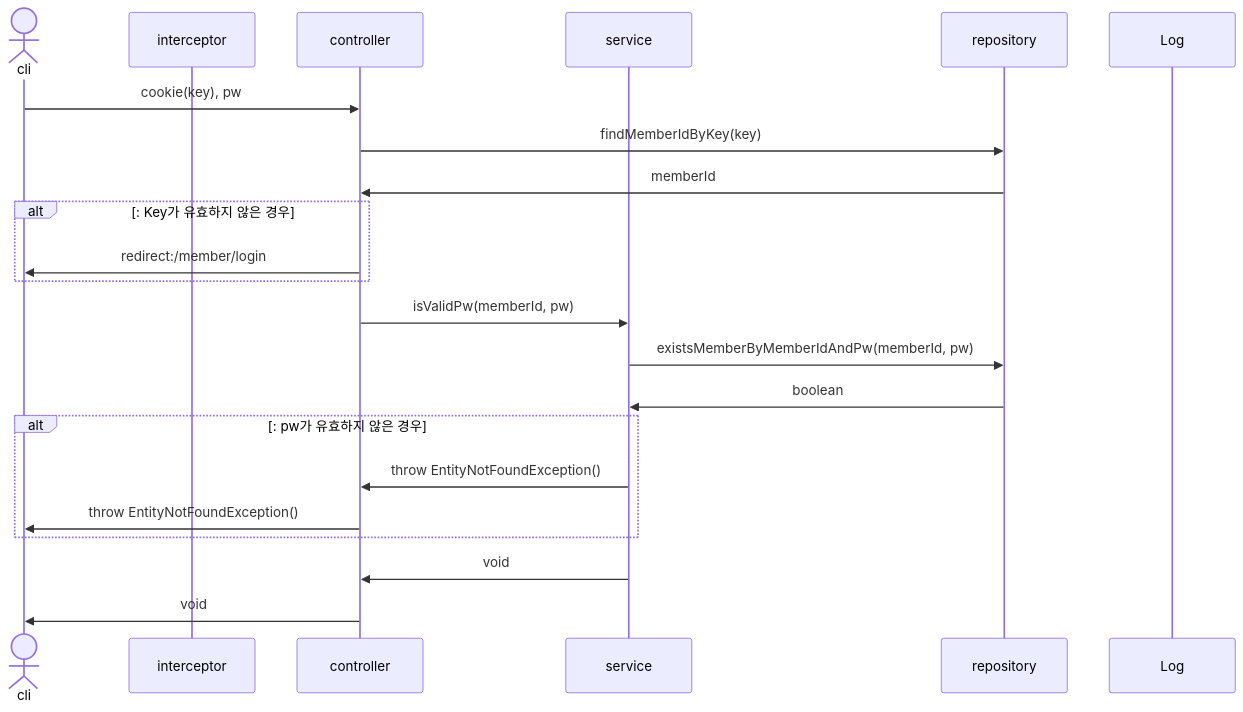
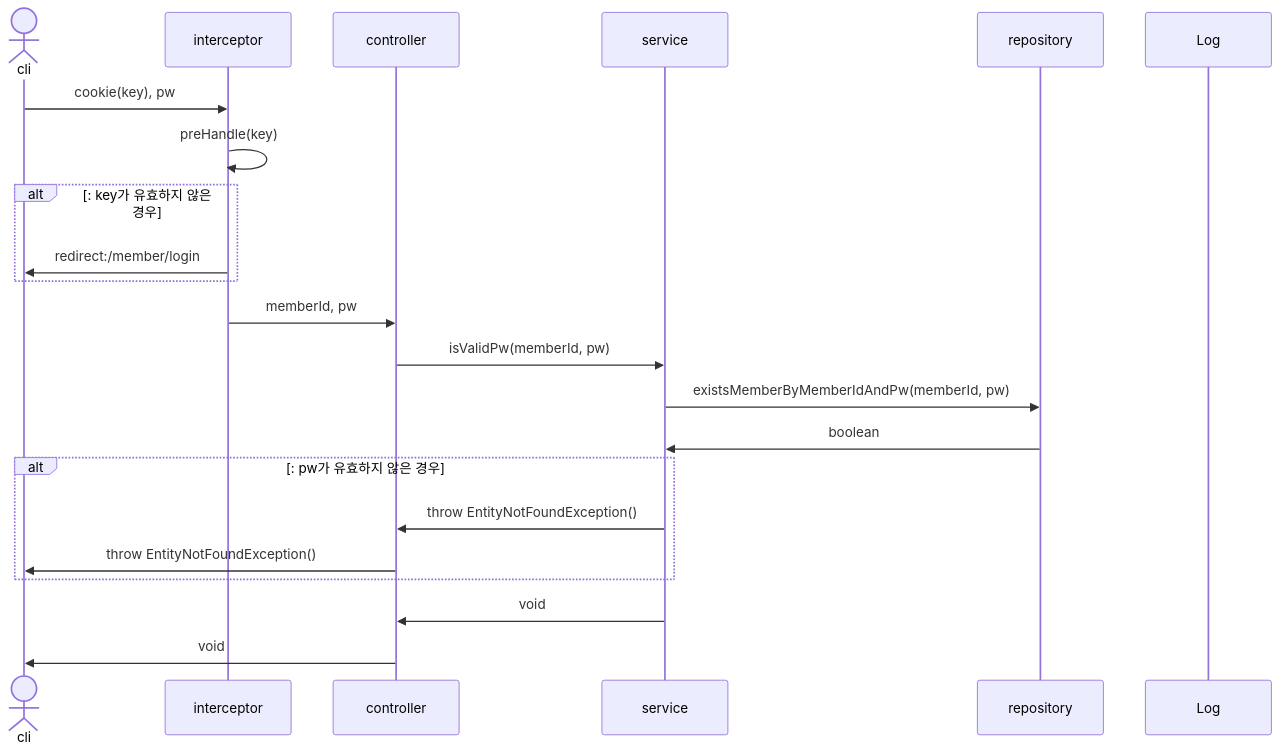
Before and after one commit to mtak0235/snsX: the eighth of 30 diagrams in sequence.md, drawn with Mermaid. The commit also changed other lines of this file, not shown here.

````diff
--- a/sequence.md
+++ b/sequence.md
@@ -196,25 +199,25 @@
 ```mermaid
 sequenceDiagram
 actor cli
 participant i as interceptor
 participant c as controller
 participant s as service
 participant r as repository
 participant l as Log
 
-cli->>c: cookie(key), pw
-c->>r: findMemberIdByKey(key)
-r->>c: memberId
-alt: Key가 유효하지 않은 경우
-c->>cli: redirect:/member/login
+cli->>i: cookie(key), pw
+i->>i: preHandle(key)
+alt: key가 유효하지 않은 경우
+i->>cli: redirect:/member/login
 end
+i->>c: memberId, pw
 c->>s: isValidPw(memberId, pw)
 s->>r: existsMemberByMemberIdAndPw(memberId, pw)
 r->>s: boolean
 alt: pw가 유효하지 않은 경우
 s->>c: throw EntityNotFoundException()
 c->>cli: throw EntityNotFoundException()
 end
 s->>c: void
 c->>cli: void
 ```
````
